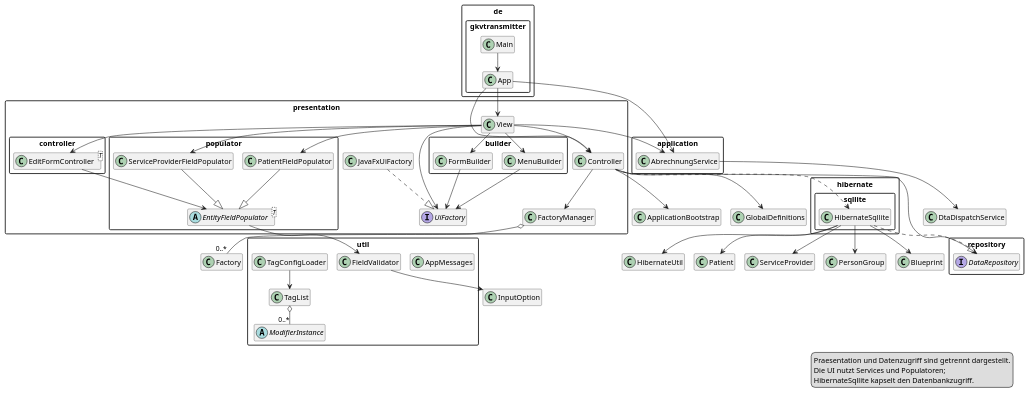
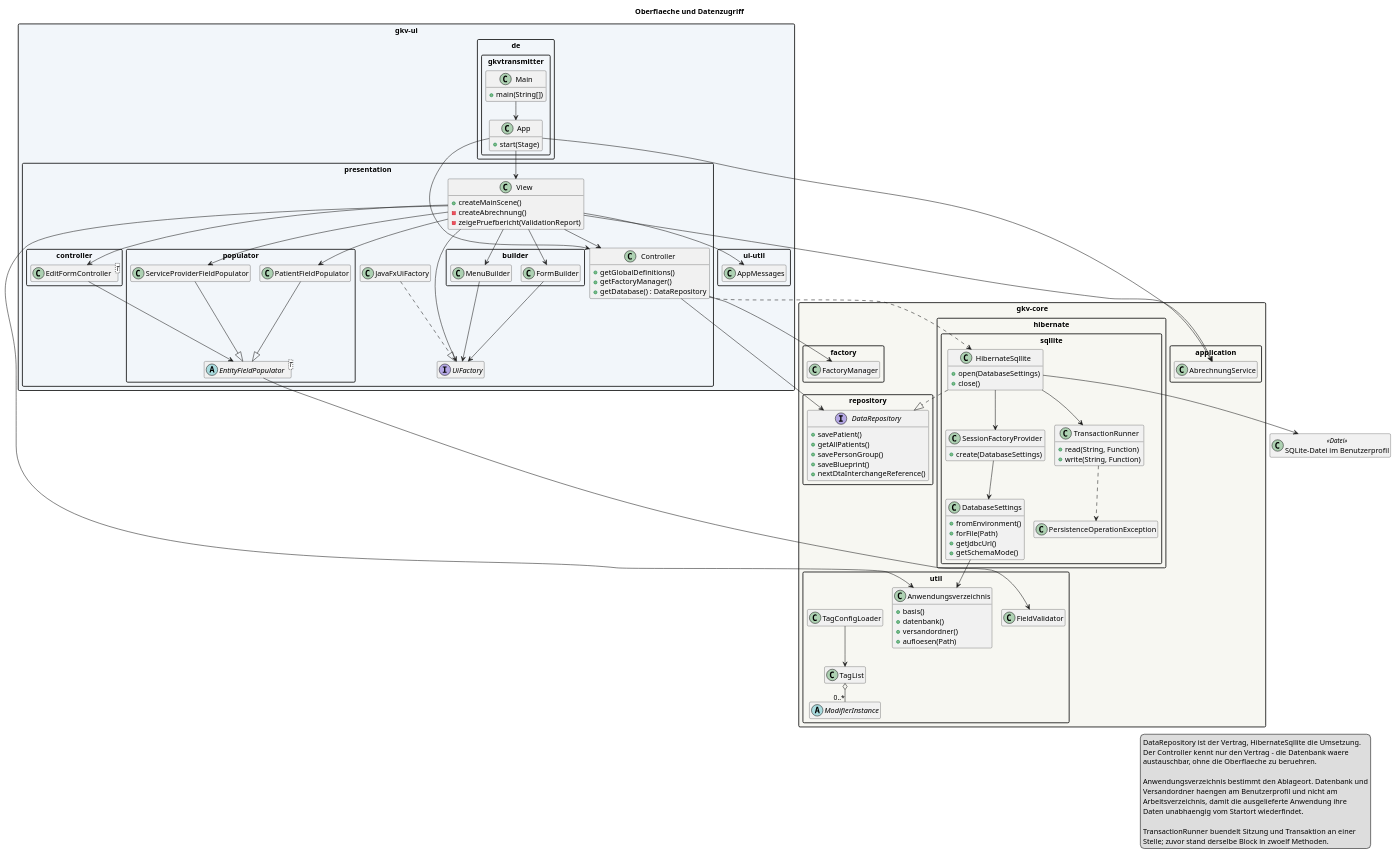
Before and after one commit to Gulaschkanister/Health-insurance-claims: the diagram in GKVTransmitter/Information/03_Praesentation_und_Persistenz.puml, drawn with PlantUML. The commit also changed 12 other files, not shown here.

First line of the commit message:
Dokumentation in Information/ auf den aktuellen Stand gebracht

```diff
--- a/GKVTransmitter/Information/03_Praesentation_und_Persistenz.puml
+++ b/GKVTransmitter/Information/03_Praesentation_und_Persistenz.puml
@@ -1,89 +1,151 @@
 @startuml GKVTransmitter_Praesentation_und_Persistenz
 !pragma layout smetana
 hide empty members
 skinparam packageStyle rectangle
 skinparam shadowing false
 skinparam linetype ortho
 
-package "de.gkvtransmitter" {
-  class Main
-  class App
+title Oberflaeche und Datenzugriff
+
+package "gkv-ui" #F2F6FA {
+  package "de.gkvtransmitter" {
+    class Main {
+      +main(String[])
+    }
+    class App {
+      +start(Stage)
+    }
+  }
+  package "presentation" {
+    class Controller {
+      +getGlobalDefinitions()
+      +getFactoryManager()
+      +getDatabase() : DataRepository
+    }
+    class View {
+      +createMainScene()
+      -createAbrechnung()
+      -zeigePruefbericht(ValidationReport)
+    }
+    interface UiFactory
+    class JavaFxUiFactory
+  }
+  package "presentation.builder" {
+    class FormBuilder
+    class MenuBuilder
+  }
+  package "presentation.controller" {
+    class EditFormController<T>
+  }
+  package "presentation.populator" {
+    abstract class EntityFieldPopulator<T>
+    class PatientFieldPopulator
+    class ServiceProviderFieldPopulator
+  }
+  package "ui-util" as uiutil {
+    class AppMessages
+  }
 }
-package "presentation" {
-  class Controller
-  class View
-  interface UiFactory
-  class JavaFxUiFactory
-  class FactoryManager
+
+package "gkv-core" #F7F7F2 {
+  package "application" {
+    class AbrechnungService
+  }
+  package "factory" {
+    class FactoryManager
+  }
+  package "repository" {
+    interface DataRepository {
+      +savePatient()
+      +getAllPatients()
+      +savePersonGroup()
+      +saveBlueprint()
+      +nextDtaInterchangeReference()
+    }
+  }
+  package "hibernate.sqllite" {
+    class HibernateSqllite {
+      +open(DatabaseSettings)
+      +close()
+    }
+    class DatabaseSettings {
+      +fromEnvironment()
+      +forFile(Path)
+      +getJdbcUrl()
+      +getSchemaMode()
+    }
+    class SessionFactoryProvider {
+      +create(DatabaseSettings)
+    }
+    class TransactionRunner {
+      +read(String, Function)
+      +write(String, Function)
+    }
+    class PersistenceOperationException
+  }
+  package "util" {
+    class Anwendungsverzeichnis {
+      +basis()
+      +datenbank()
+      +versandordner()
+      +aufloesen(Path)
+    }
+    class FieldValidator
+    class TagConfigLoader
+    class TagList
+    abstract class ModifierInstance
+  }
 }
-package "application" {
-  class AbrechnungService
-}
-package "presentation.builder" {
-  class FormBuilder
-  class MenuBuilder
-}
-package "presentation.controller" {
-  class EditFormController<T>
-}
-package "presentation.populator" {
-  abstract class EntityFieldPopulator<T>
-  class PatientFieldPopulator
-  class ServiceProviderFieldPopulator
-}
-package "hibernate.sqllite" {
-  class HibernateSqllite
-}
-package "repository" {
-  interface DataRepository
-}
-package "util" {
-  class AppMessages
-  class FieldValidator
-  class TagConfigLoader
-  class TagList
-  abstract class ModifierInstance
-}
+
+class "SQLite-Datei im Benutzerprofil" as db <<Datei>>
 
 Main --> App
 App --> Controller
 App --> View
 App --> AbrechnungService
-Controller --> ApplicationBootstrap
-Controller --> GlobalDefinitions
-Controller --> FactoryManager
-Controller --> DataRepository
-Controller ..> HibernateSqllite
 View --> Controller
 View --> UiFactory
 View --> FormBuilder
 View --> MenuBuilder
 View --> EditFormController
 View --> PatientFieldPopulator
 View --> ServiceProviderFieldPopulator
 View --> AbrechnungService
-AbrechnungService --> DtaDispatchService
+View --> AppMessages
+View --> Anwendungsverzeichnis
+Controller --> FactoryManager
+Controller --> DataRepository
+Controller ..> HibernateSqllite
 JavaFxUiFactory ..|> UiFactory
-FactoryManager o-- "0..*" Factory
 FormBuilder --> UiFactory
 MenuBuilder --> UiFactory
 EditFormController --> EntityFieldPopulator
 PatientFieldPopulator --|> EntityFieldPopulator
 ServiceProviderFieldPopulator --|> EntityFieldPopulator
 EntityFieldPopulator --> FieldValidator
-HibernateSqllite --> HibernateUtil
+
 HibernateSqllite ..|> DataRepository
-HibernateSqllite --> Patient
-HibernateSqllite --> ServiceProvider
-HibernateSqllite --> PersonGroup
-HibernateSqllite --> Blueprint
+HibernateSqllite --> SessionFactoryProvider
+HibernateSqllite --> TransactionRunner
+SessionFactoryProvider --> DatabaseSettings
+DatabaseSettings --> Anwendungsverzeichnis
+TransactionRunner ..> PersistenceOperationException
+HibernateSqllite --> db
+
 TagConfigLoader --> TagList
 TagList o-- "0..*" ModifierInstance
-FieldValidator --> InputOption
 
 legend right
-  Praesentation und Datenzugriff sind getrennt dargestellt.
-  Die UI nutzt Services und Populatoren;
-  HibernateSqllite kapselt den Datenbankzugriff.
+  DataRepository ist der Vertrag, HibernateSqllite die Umsetzung.
+  Der Controller kennt nur den Vertrag - die Datenbank waere
+  austauschbar, ohne die Oberflaeche zu beruehren.
+
+  Anwendungsverzeichnis bestimmt den Ablageort. Datenbank und
+  Versandordner haengen am Benutzerprofil und nicht am
+  Arbeitsverzeichnis, damit die ausgelieferte Anwendung ihre
+  Daten unabhaengig vom Startort wiederfindet.
+
+  TransactionRunner buendelt Sitzung und Transaktion an einer
+  Stelle; zuvor stand derselbe Block in zwoelf Methoden.
 endlegend
 @enduml
```
